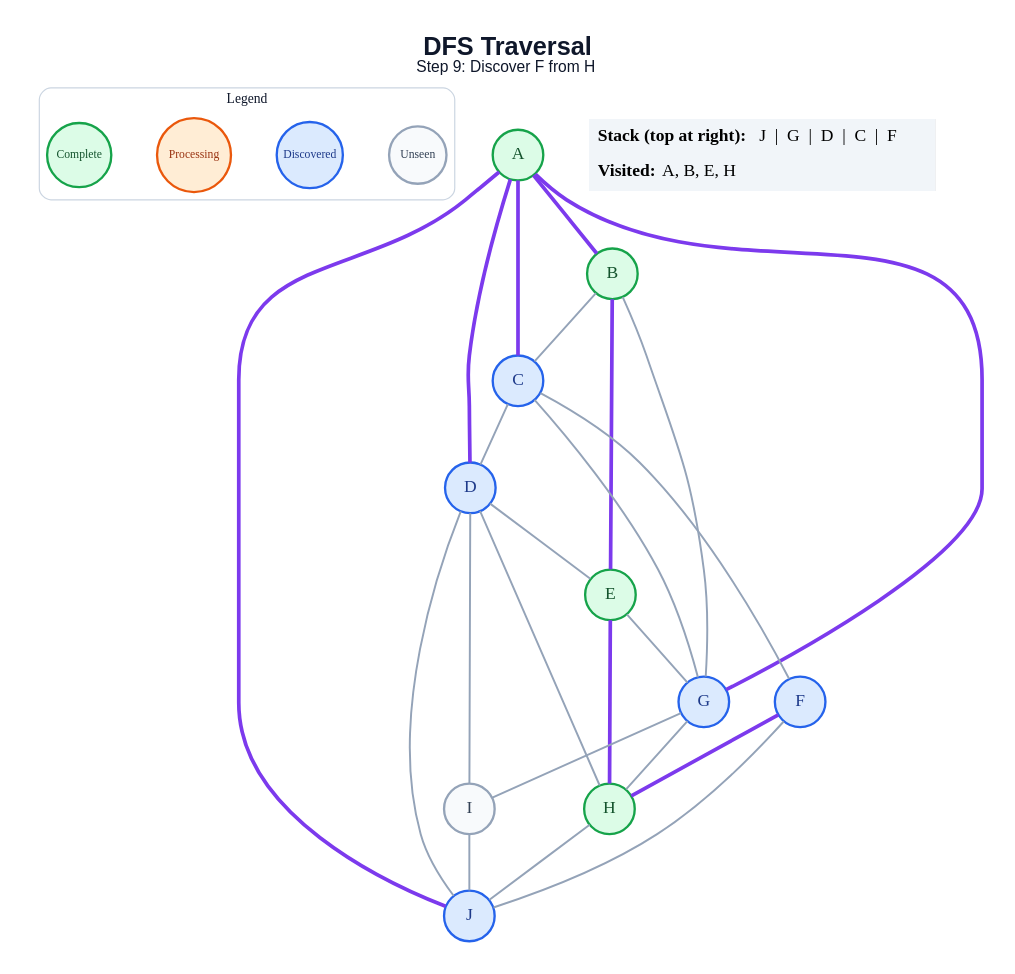
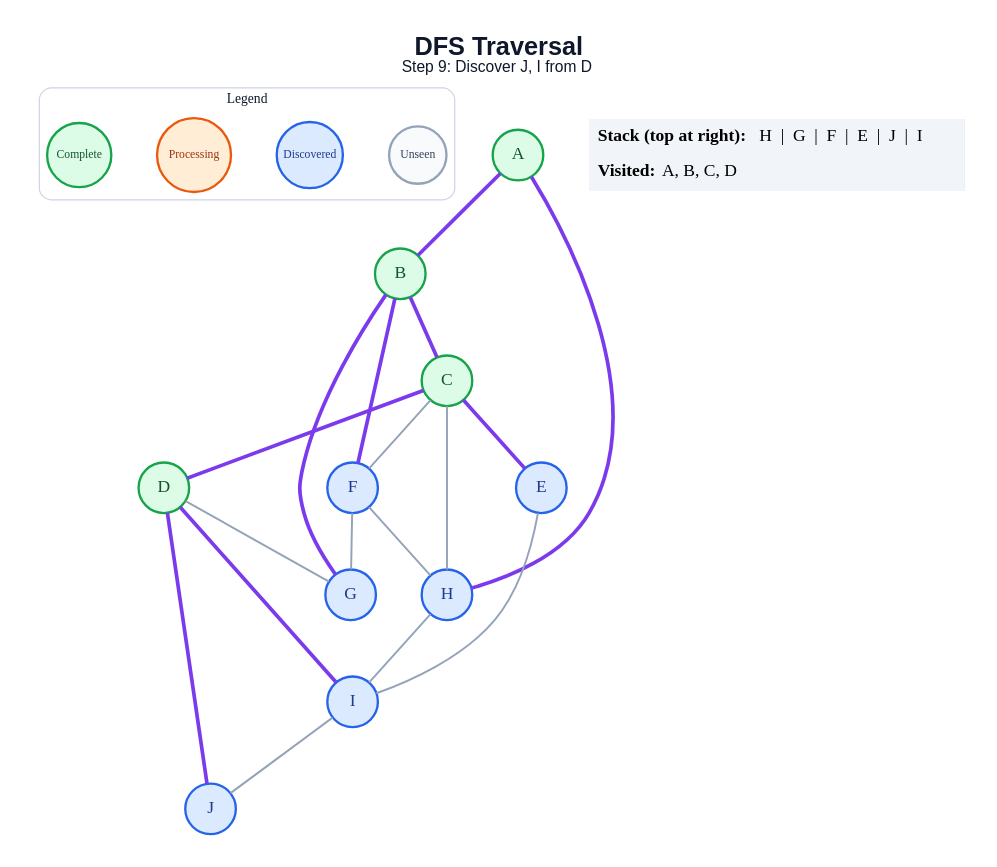
Before and after one commit to anon7238593-create/ai-slop: the diagram in generated/dfs/step_09.dot, drawn with Graphviz. The commit also changed 178 other files, not shown here.

```diff
--- a/generated/dfs/step_09.dot
+++ b/generated/dfs/step_09.dot
@@ -1,52 +1,46 @@
 graph traversal {
   graph [layout=dot, rankdir=TB, bgcolor="#FFFFFF", pad="0.35", nodesep="0.65", ranksep="0.8", fontname="Arial"];
   node [shape=circle, style="filled", fontname="Arial Bold", fontsize=18, width=0.72, fixedsize=true, penwidth=2.4];
   edge [color="#94A3B8", penwidth=2.0];
-  label=<<B>DFS Traversal</B><BR/><FONT POINT-SIZE="16">Step 9: Discover F from H</FONT>>; labelloc="t"; fontsize=26; fontname="Arial"; fontcolor="#0F172A";
+  label=<<B>DFS Traversal</B><BR/><FONT POINT-SIZE="16">Step 9: Discover J, I from D</FONT>>; labelloc="t"; fontsize=26; fontname="Arial"; fontcolor="#0F172A";
   subgraph cluster_legend { label="Legend"; color="#CBD5E1"; penwidth=1.2; style="rounded"; fontsize=14; fontname="Arial Bold";
     key_unseen [label="Unseen", fillcolor="#F8FAFC", color="#94A3B8", fontcolor="#334155", fontsize=12, width=0.82];
     key_frontier [label="Discovered", fillcolor="#DBEAFE", color="#2563EB", fontcolor="#1E3A8A", fontsize=12, width=0.95];
     key_current [label="Processing", fillcolor="#FFEDD5", color="#EA580C", fontcolor="#9A3412", fontsize=12, width=1.05];
     key_done [label="Complete", fillcolor="#DCFCE7", color="#16A34A", fontcolor="#14532D", fontsize=12, width=0.92];
     { rank=same; key_unseen; key_frontier; key_current; key_done; }
   }
   A [fillcolor="#DCFCE7", color="#16A34A", fontcolor="#14532D"];
   B [fillcolor="#DCFCE7", color="#16A34A", fontcolor="#14532D"];
-  C [fillcolor="#DBEAFE", color="#2563EB", fontcolor="#1E3A8A"];
-  D [fillcolor="#DBEAFE", color="#2563EB", fontcolor="#1E3A8A"];
-  E [fillcolor="#DCFCE7", color="#16A34A", fontcolor="#14532D"];
+  C [fillcolor="#DCFCE7", color="#16A34A", fontcolor="#14532D"];
+  D [fillcolor="#DCFCE7", color="#16A34A", fontcolor="#14532D"];
+  E [fillcolor="#DBEAFE", color="#2563EB", fontcolor="#1E3A8A"];
   F [fillcolor="#DBEAFE", color="#2563EB", fontcolor="#1E3A8A"];
   G [fillcolor="#DBEAFE", color="#2563EB", fontcolor="#1E3A8A"];
-  H [fillcolor="#DCFCE7", color="#16A34A", fontcolor="#14532D"];
-  I [fillcolor="#F8FAFC", color="#94A3B8", fontcolor="#334155"];
+  H [fillcolor="#DBEAFE", color="#2563EB", fontcolor="#1E3A8A"];
+  I [fillcolor="#DBEAFE", color="#2563EB", fontcolor="#1E3A8A"];
   J [fillcolor="#DBEAFE", color="#2563EB", fontcolor="#1E3A8A"];
   A -- B [color="#7C3AED", penwidth=3.8];
-  A -- C [color="#7C3AED", penwidth=3.8];
-  A -- D [color="#7C3AED", penwidth=3.8];
-  A -- G [color="#7C3AED", penwidth=3.8];
-  A -- J [color="#7C3AED", penwidth=3.8];
-  B -- C;
-  B -- E [color="#7C3AED", penwidth=3.8];
-  B -- G;
-  C -- D;
+  A -- H [color="#7C3AED", penwidth=3.8];
+  B -- C [color="#7C3AED", penwidth=3.8];
+  B -- F [color="#7C3AED", penwidth=3.8];
+  B -- G [color="#7C3AED", penwidth=3.8];
+  C -- D [color="#7C3AED", penwidth=3.8];
+  C -- E [color="#7C3AED", penwidth=3.8];
   C -- F;
-  C -- G;
-  D -- E;
-  D -- H;
-  D -- I;
-  D -- J;
-  E -- G;
-  E -- H [color="#7C3AED", penwidth=3.8];
-  F -- H [color="#7C3AED", penwidth=3.8];
-  F -- J;
-  G -- H;
-  G -- I;
-  H -- J;
+  C -- H;
+  D -- G;
+  D -- I [color="#7C3AED", penwidth=3.8];
+  D -- J [color="#7C3AED", penwidth=3.8];
+  E -- I;
+  F -- G;
+  F -- H;
+  H -- I;
   I -- J;
   status [shape=plain, fixedsize=false, width=0, height=0, margin=0, label=<
     <TABLE BORDER="0" CELLBORDER="0" CELLPADDING="7" BGCOLOR="#F1F5F9">
-      <TR><TD ALIGN="LEFT"><B>Stack (top at right):</B> J  |  G  |  D  |  C  |  F</TD></TR>
-      <TR><TD ALIGN="LEFT"><B>Visited:</B> A, B, E, H</TD></TR>
+      <TR><TD ALIGN="LEFT"><B>Stack (top at right):</B> H  |  G  |  F  |  E  |  J  |  I</TD></TR>
+      <TR><TD ALIGN="LEFT"><B>Visited:</B> A, B, C, D</TD></TR>
     </TABLE>
   >];
 }
```
